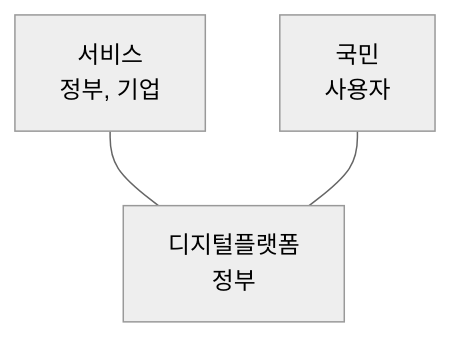
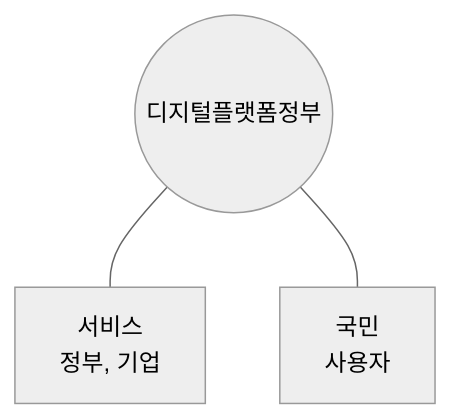
The diagram in blog/pe/mng/dpg.md (gracefullight/gracefullight.github.io), drawn with Mermaid (neutral theme) before and after one commit. The commit also changed 10 other files, not shown here.

````diff
--- a/blog/pe/mng/dpg.md
+++ b/blog/pe/mng/dpg.md
@@ -13,9 +13,9 @@
 ```mermaid
-graph BT
+graph TB
   서비스[서비스<br/>정부, 기업]
   국민[국민<br/>사용자]
-  디지털플랫폼[디지털플랫폼<br/>정부]
+  디지털플랫폼((디지털플랫폼정부))
   
   디지털플랫폼 --- 서비스
   디지털플랫폼 --- 국민
 ```
````
